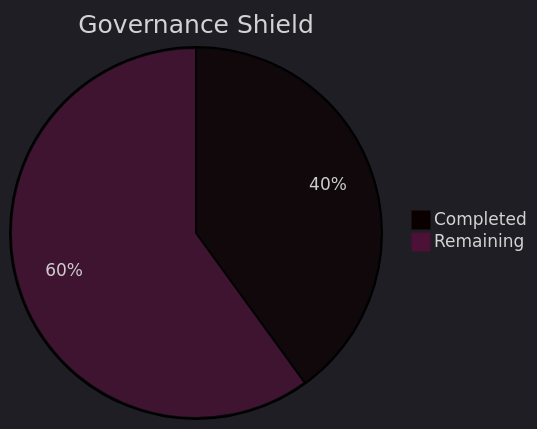
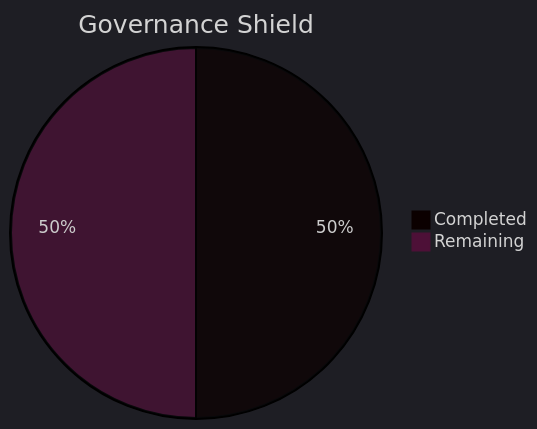
Before and after one commit to Neogleamz/SK8Lytz: the fourth of 5 diagrams in tools/SK8Lytz_Bucket_List.md, drawn with Mermaid. The commit also changed other lines of this file, not shown here.

````diff
--- a/tools/SK8Lytz_Bucket_List.md
+++ b/tools/SK8Lytz_Bucket_List.md
@@ -65,6 +62,6 @@
 ```mermaid
 %%{init: {'theme': 'dark'}}%%
 pie title Governance Shield
   "Completed" : 2
-  "Remaining" : 3
+  "Remaining" : 2
 ```
````
